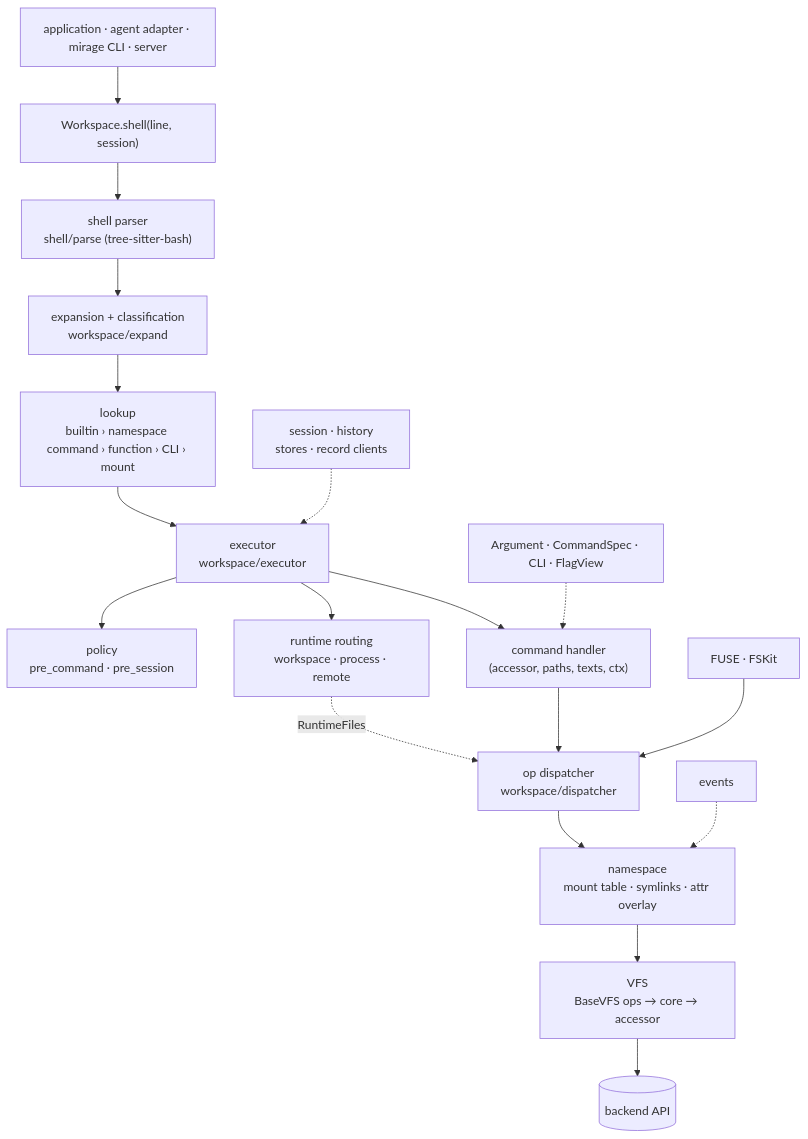
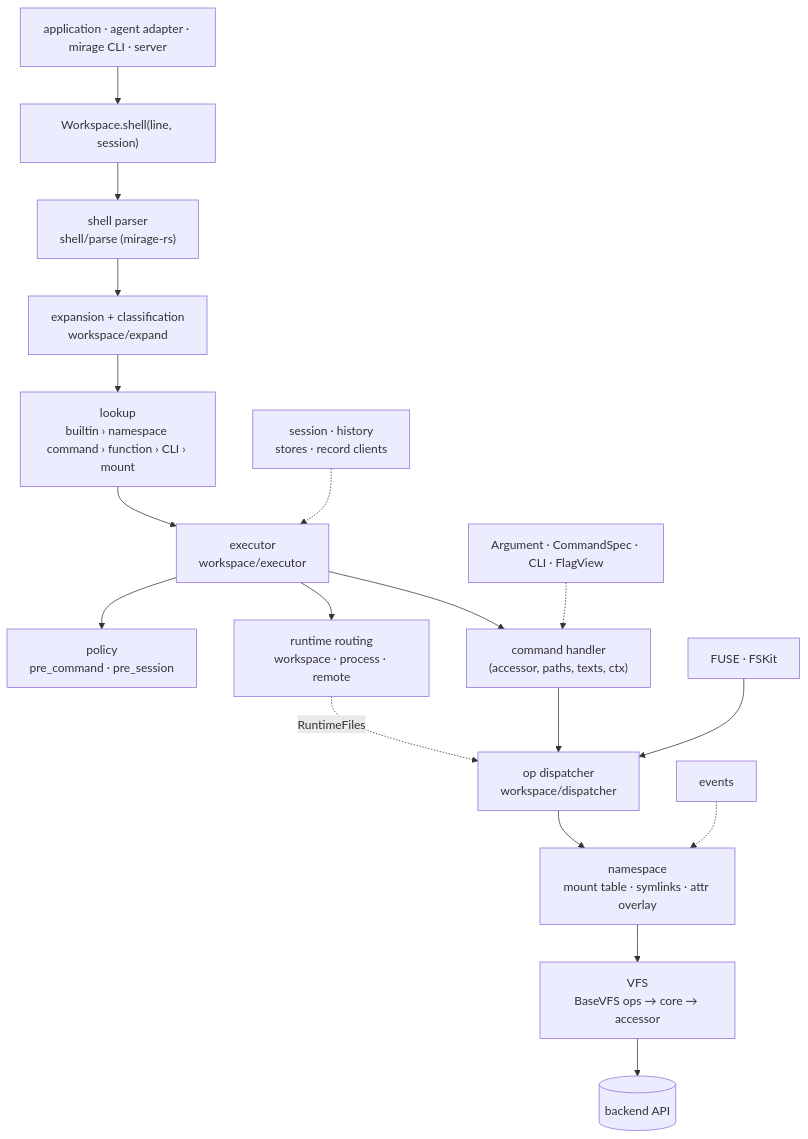
One commit to gabrielmoreira/agent-skills-mirror changed the first of 2 diagrams in mirrors/repos/strukto-ai@mirage/CLAUDE.md. Above: the diagram before and after it, drawn with Mermaid. The commit also changed other lines of this file and 6103 other files, not shown here.

````diff
--- a/mirrors/repos/strukto-ai@mirage/CLAUDE.md
+++ b/mirrors/repos/strukto-ai@mirage/CLAUDE.md
@@ -279,20 +280,20 @@
 ```mermaid
 flowchart TD
     App["application · agent adapter · mirage CLI · server"] --> WS["Workspace.shell(line, session)"]
-    WS --> Parse["shell parser<br/>shell/parse (tree-sitter-bash)"]
+    WS --> Parse["shell parser<br/>shell/parse (mirage-rs)"]
     Parse --> Expand["expansion + classification<br/>workspace/expand"]
     Expand --> Lookup["lookup<br/>builtin › namespace command › function › CLI › mount"]
     Lookup --> Exec["executor<br/>workspace/executor"]
     Exec --> Policy["policy<br/>pre_command · pre_session"]
     Exec --> Runtime["runtime routing<br/>workspace · process · remote"]
     Exec --> Handler["command handler<br/>(accessor, paths, texts, ctx)"]
     Spec["Argument · CommandSpec · CLI · FlagView"] -.-> Handler
     Handler --> Dispatch["op dispatcher<br/>workspace/dispatcher"]
     Runtime -. RuntimeFiles .-> Dispatch
     FUSE["FUSE · FSKit"] --> Dispatch
     Dispatch --> NS["namespace<br/>mount table · symlinks · attr overlay"]
     NS --> VFS["VFS<br/>BaseVFS ops → core → accessor"]
     VFS --> Backend[("backend API")]
     Events["events"] -.-> NS
     Session["session · history<br/>stores · record clients"] -.-> Exec
 ```
````
